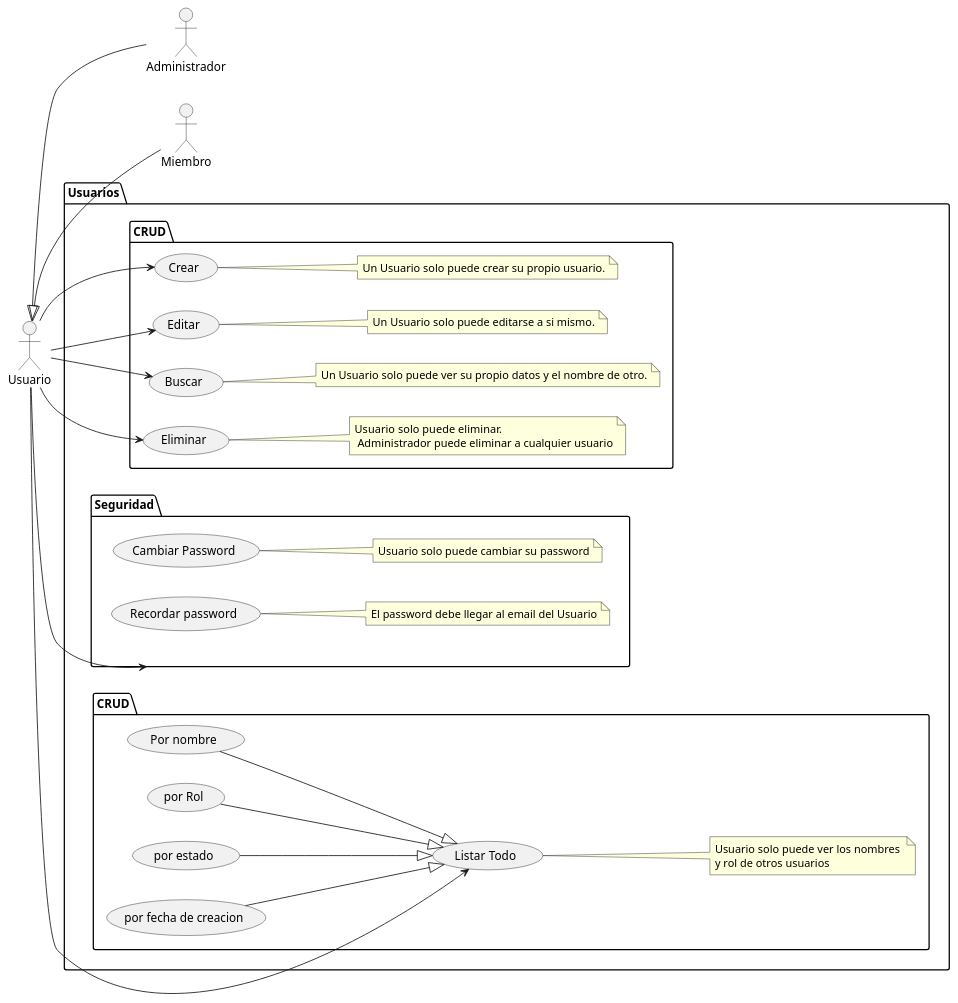
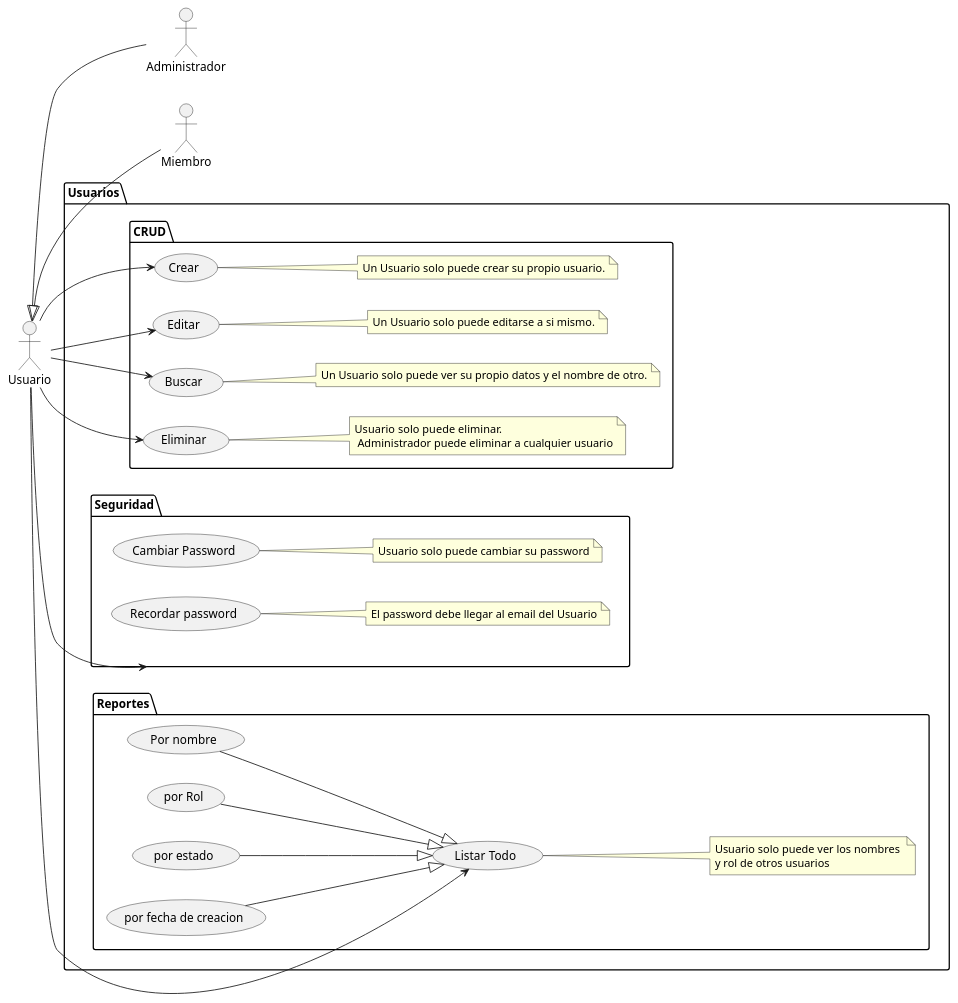
One commit to arrietajohn/JFamilyFinances changed the diagram in src/FamilyFinances/Documentation/Diagrama-de-Casos-de-uso-Usuarios.puml. Above: the diagram before and after it, drawn with PlantUML. The commit also changed 10 other files, not shown here.

Commit message:
Agregando mas diagramas de casos de uso sobre estadisticas y finanzas

```diff
--- a/src/FamilyFinances/Documentation/Diagrama-de-Casos-de-uso-Usuarios.puml
+++ b/src/FamilyFinances/Documentation/Diagrama-de-Casos-de-uso-Usuarios.puml
@@ -1,50 +1,50 @@
 @startuml
 left to right direction
 ' Actores
 :Usuario: as Act1
 :Administrador: as Act2
 :Miembro: as Act3
 Act1 <|-- Act2
 Act1 <|-- Act3
 
 ' Casos de uso
 package Usuarios as PACK1{
   package CRUD as PACK3{
     (Crear) as CU1
     Act1--> CU1
     note right of CU1: Un Usuario solo puede crear su propio usuario.
     ' Act1 solo puede editar su propio usuario
     (Editar) as CU2
     Act1--> CU2
       note right of CU2: Un Usuario solo puede editarse a si mismo.
     (Buscar) as CU3
     Act1--> CU3
     note right of CU3: Un Usuario solo puede ver su propio datos y el nombre de otro.
     (Eliminar) as CU4
     Act1--> CU4
     note right of CU4: Usuario solo puede eliminar. \n Administrador puede eliminar a cualquier usuario
    
 }
-package CRUD as PACK4{
+package Reportes as PACK4{
  (Listar Todo) as CU5
     Act1-->  CU5
     note right of CU5: Usuario solo puede ver los nombres \ny rol de otros usuarios
     (Por nombre) as CU7
     CU7 --|> CU5
     (por Rol) as CU8
     CU8 --|> CU5
     (por estado) as CU9
     CU9  --|> CU5
     (por fecha de creacion)    as CU10
     CU10 --|> CU5
    }
     package Seguridad as PACK2 {
         (Cambiar Password) as CU11
         note right of CU11: Usuario solo puede cambiar su password
         (Recordar password) as CU12
         note right of CU12: El password debe llegar al email del Usuario
     }
     Act1 --> PACK2
 }
 
 @enduml
```
